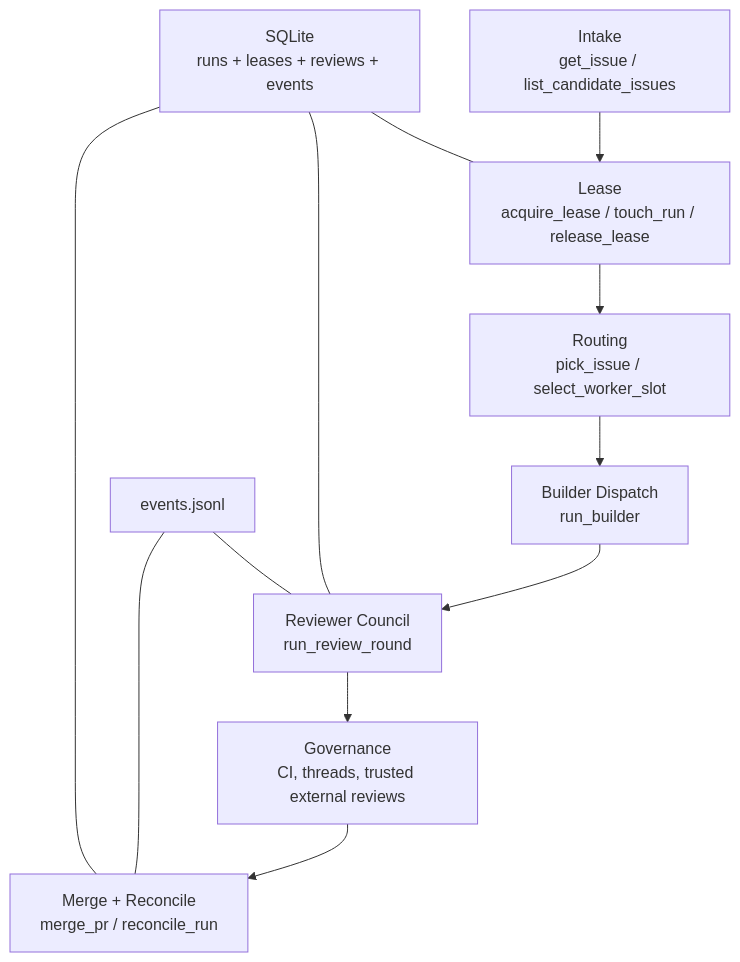
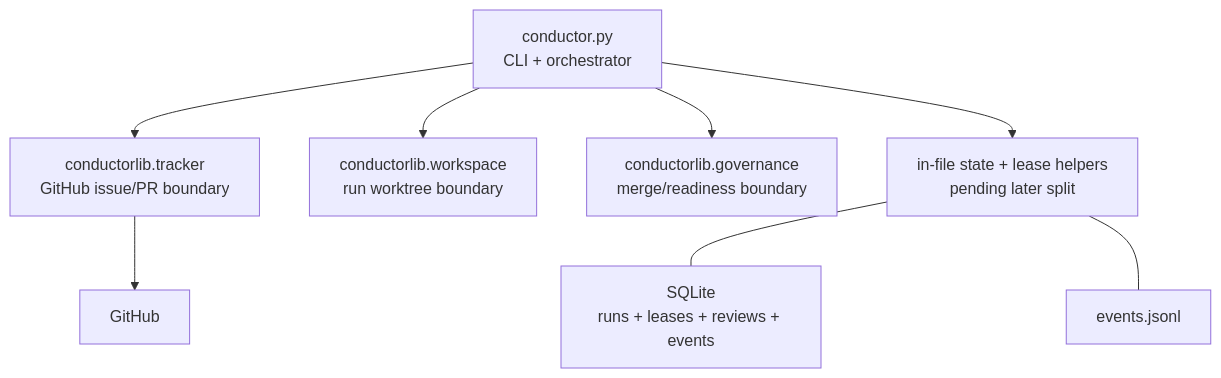
One commit to misty-step/bitterblossom changed the first of 4 diagrams in docs/architecture/conductor.md. Above: the diagram before and after it, drawn with Mermaid. The commit also changed other lines of this file and 9 other files, not shown here.

Commit message:
refactor: split conductor support modules

````diff
--- a/docs/architecture/conductor.md
+++ b/docs/architecture/conductor.md
@@ -9,15 +16,11 @@
 ```mermaid
 flowchart TD
-    Intake["Intake\nget_issue / list_candidate_issues"] --> Lease["Lease\nacquire_lease / touch_run / release_lease"]
-    Lease --> Route["Routing\npick_issue / select_worker_slot"]
-    Route --> Build["Builder Dispatch\nrun_builder"]
-    Build --> Review["Reviewer Council\nrun_review_round"]
-    Review --> Gate["Governance\nCI, threads, trusted external reviews"]
-    Gate --> Merge["Merge + Reconcile\nmerge_pr / reconcile_run"]
+    CLI["conductor.py\nCLI + orchestrator"] --> Tracker["conductorlib.tracker\nGitHub issue/PR boundary"]
+    CLI --> Workspace["conductorlib.workspace\nrun worktree boundary"]
+    CLI --> Governance["conductorlib.governance\nmerge/readiness boundary"]
+    CLI --> State["in-file state + lease helpers\npending later split"]
 
-    DB["SQLite\nruns + leases + reviews + events"] --- Lease
-    DB --- Review
-    DB --- Merge
-    Log["events.jsonl"] --- Review
-    Log --- Merge
+    State --- DB["SQLite\nruns + leases + reviews + events"]
+    State --- Log["events.jsonl"]
+    Tracker --> GH["GitHub"]
 ```
````
